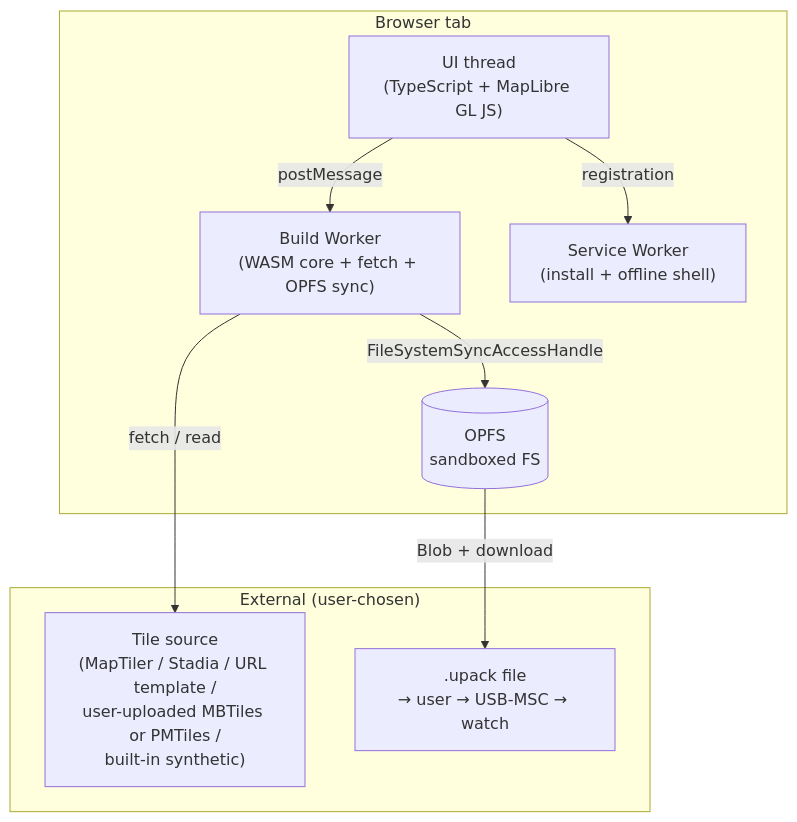
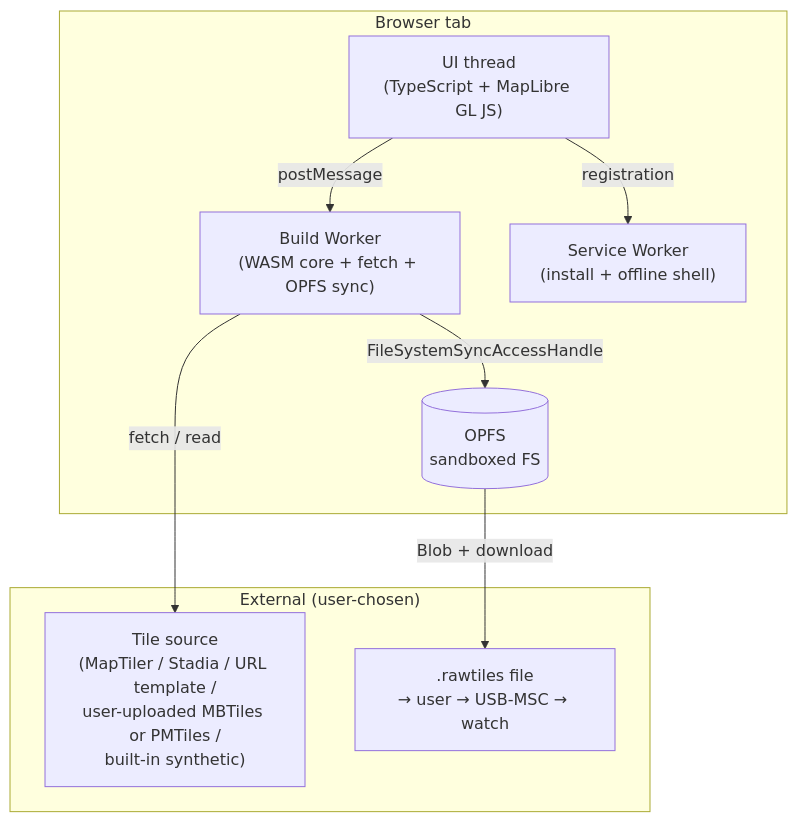
One commit to tobymurray/slippypack changed the second of 2 diagrams in PLAN.md. Above: the diagram before and after it, drawn with Mermaid. The commit also changed other lines of this file and 38 other files, not shown here.

````diff
--- a/PLAN.md
+++ b/PLAN.md
@@ -269,21 +271,21 @@
 ```mermaid
 graph TB
     subgraph Browser["Browser tab"]
         UI["UI thread<br/>(TypeScript + MapLibre GL JS)"]
         Worker["Build Worker<br/>(WASM core + fetch + OPFS sync)"]
         OPFS[("OPFS<br/>sandboxed FS")]
         SW["Service Worker<br/>(install + offline shell)"]
 
         UI -->|postMessage| Worker
         Worker -->|FileSystemSyncAccessHandle| OPFS
         UI -->|registration| SW
     end
 
     subgraph External["External (user-chosen)"]
         Tiles["Tile source<br/>(MapTiler / Stadia / URL template /<br/>user-uploaded MBTiles or PMTiles /<br/>built-in synthetic)"]
-        Watch[".upack file<br/>→ user → USB-MSC → watch"]
+        Watch[".rawtiles file<br/>→ user → USB-MSC → watch"]
     end
 
     Worker -->|fetch / read| Tiles
     OPFS -->|Blob + download| Watch
 ```
````
